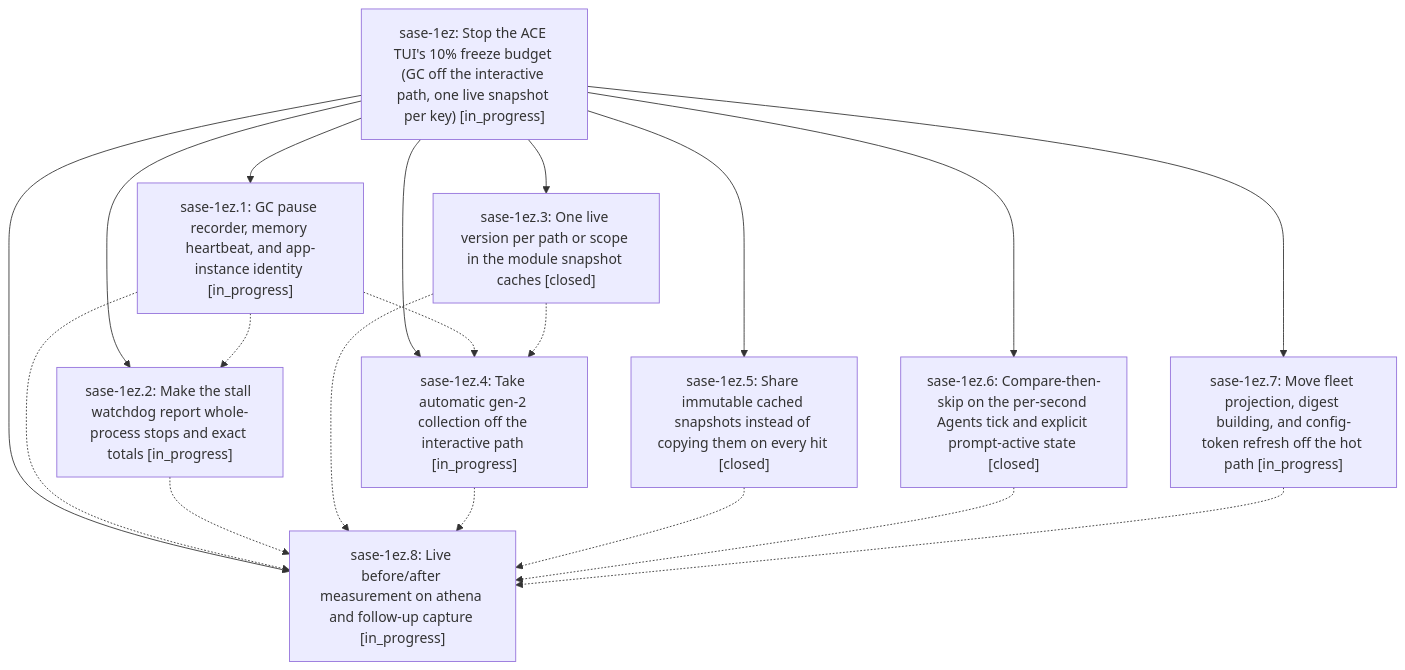
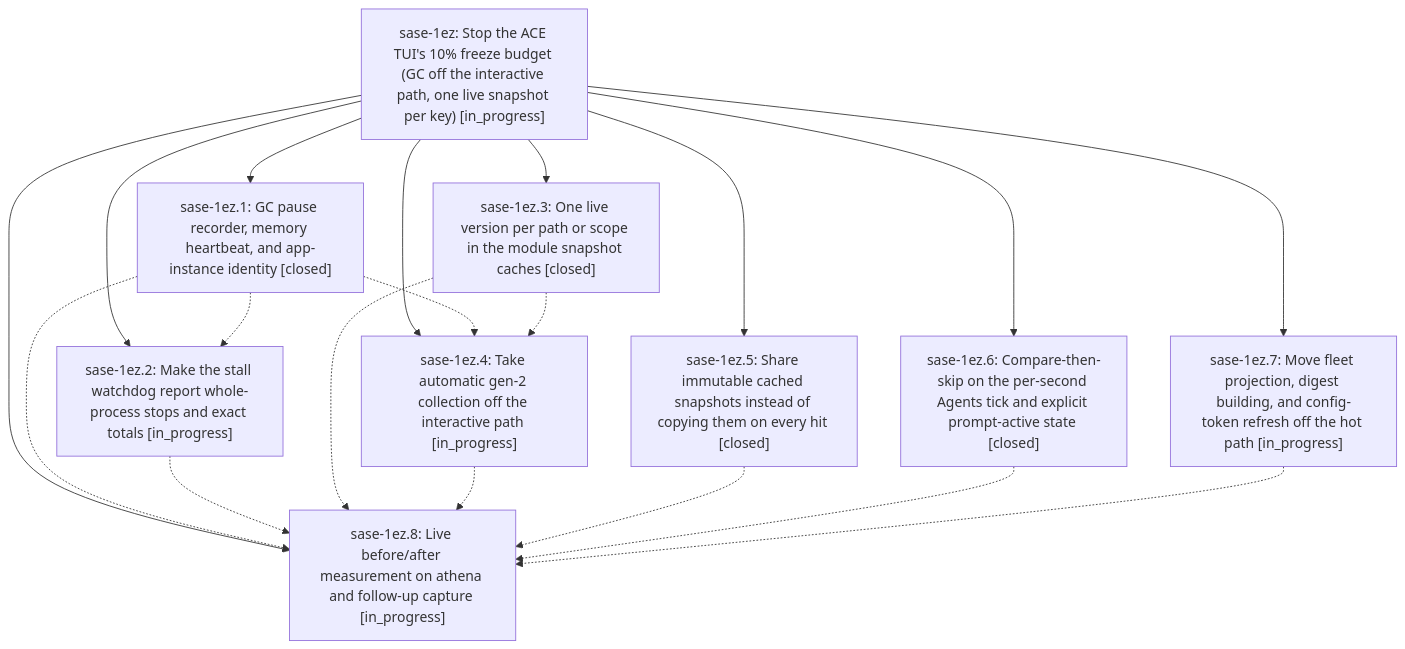
The diagram in pages/sase-1ez/README.md (sase-org/sase--beads), drawn with Mermaid before and after one commit. The commit also changed other lines of this file and 5 other files, not shown here.

````diff
--- a/pages/sase-1ez/README.md
+++ b/pages/sase-1ez/README.md
@@ -29,30 +29,30 @@
 ```mermaid
 flowchart TD
     n0["sase-1ez: Stop the ACE TUI's 10% freeze budget (GC off the interactive path, one live snapshot per key) [in_progress]"]
-    n1["sase-1ez.1: GC pause recorder, memory heartbeat, and app-instance identity [in_progress]"]
+    n1["sase-1ez.1: GC pause recorder, memory heartbeat, and app-instance identity [closed]"]
     n2["sase-1ez.2: Make the stall watchdog report whole-process stops and exact totals [in_progress]"]
     n3["sase-1ez.3: One live version per path or scope in the module snapshot caches [closed]"]
     n4["sase-1ez.4: Take automatic gen-2 collection off the interactive path [in_progress]"]
     n5["sase-1ez.5: Share immutable cached snapshots instead of copying them on every hit [closed]"]
     n6["sase-1ez.6: Compare-then-skip on the per-second Agents tick and explicit prompt-active state [closed]"]
     n7["sase-1ez.7: Move fleet projection, digest building, and config-token refresh off the hot path [in_progress]"]
     n8["sase-1ez.8: Live before/after measurement on athena and follow-up capture [in_progress]"]
     n0 --> n1
     n0 --> n2
     n0 --> n3
     n0 --> n4
     n0 --> n5
     n0 --> n6
     n0 --> n7
     n0 --> n8
     n1 -.-> n2
     n1 -.-> n4
     n1 -.-> n8
     n2 -.-> n8
     n3 -.-> n4
     n3 -.-> n8
     n4 -.-> n8
     n5 -.-> n8
     n6 -.-> n8
     n7 -.-> n8
 ```
````
